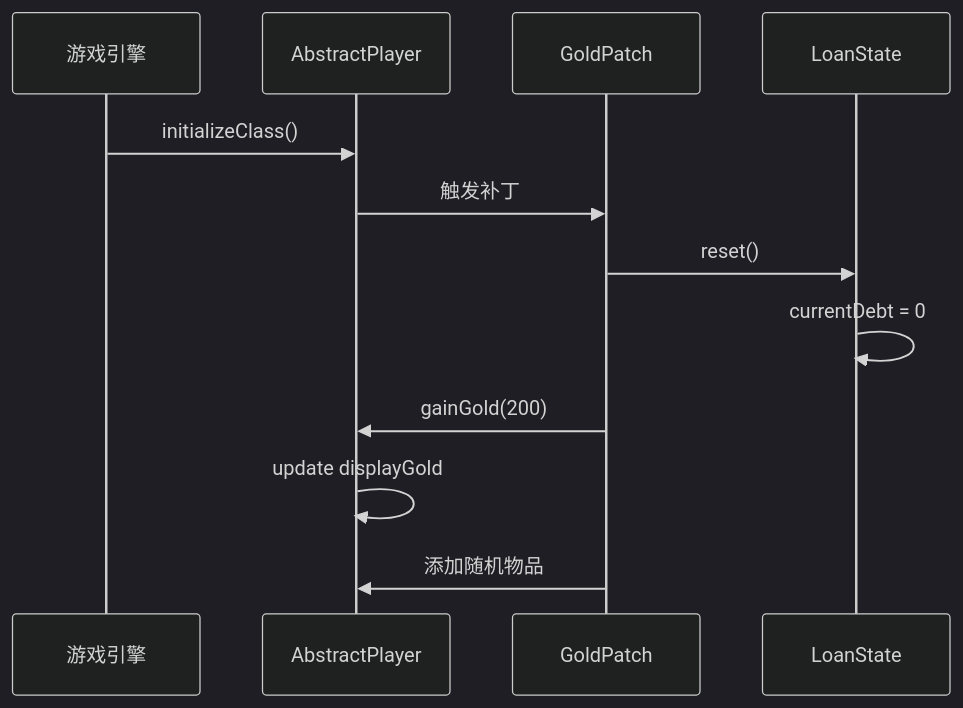
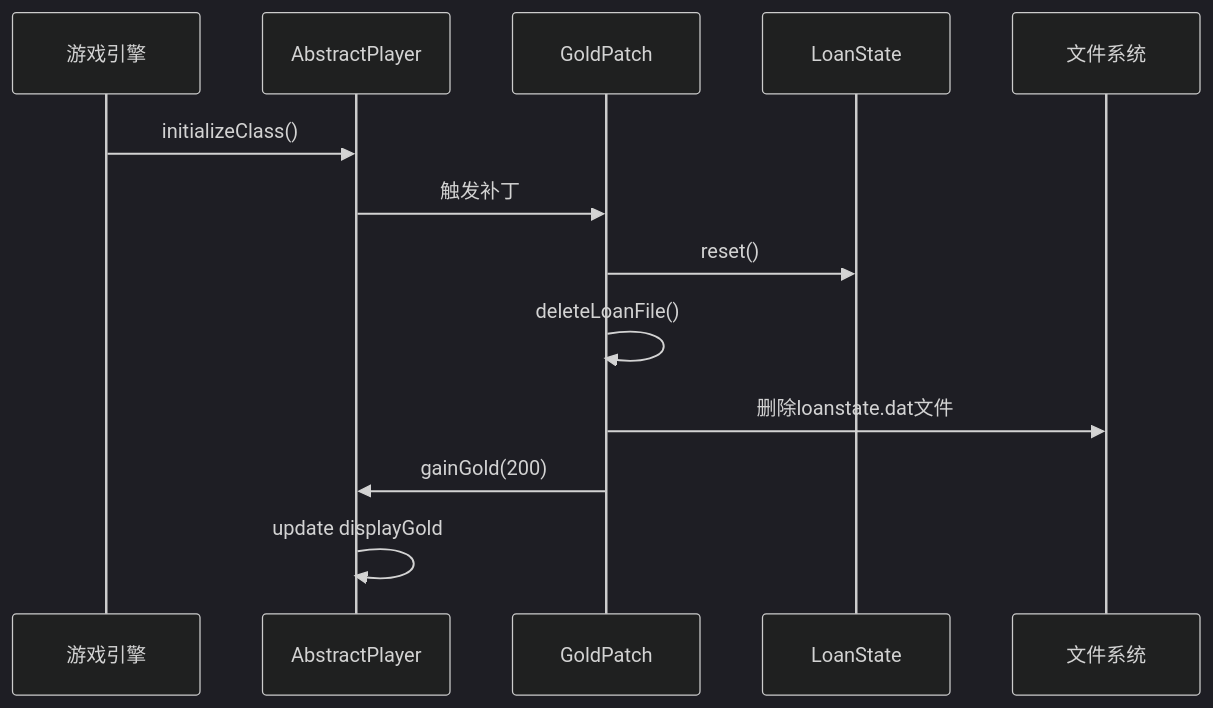
Before and after one commit to StephenZhuang/SpireMod: diagram 12 of 14 in .qoder/repowiki/zh/content/核心功能/经济系统.md, drawn with Mermaid (dark theme). The commit also changed other lines of this file and 35 other files, not shown here.

````diff
--- a/.qoder/repowiki/zh/content/核心功能/经济系统.md
+++ b/.qoder/repowiki/zh/content/核心功能/经济系统.md
@@ -348,14 +478,15 @@
 ```mermaid
 sequenceDiagram
 participant Game as 游戏引擎
 participant Player as AbstractPlayer
 participant GoldPatch as GoldPatch
 participant LoanState as LoanState
+participant FileSys as 文件系统
 Game->>Player : initializeClass()
 Player->>GoldPatch : 触发补丁
 GoldPatch->>LoanState : reset()
-LoanState->>LoanState : currentDebt = 0
+GoldPatch->>GoldPatch : deleteLoanFile()
+GoldPatch->>FileSys : 删除loanstate.dat文件
 GoldPatch->>Player : gainGold(200)
 Player->>Player : update displayGold
-GoldPatch->>Player : 添加随机物品
 ```
````
